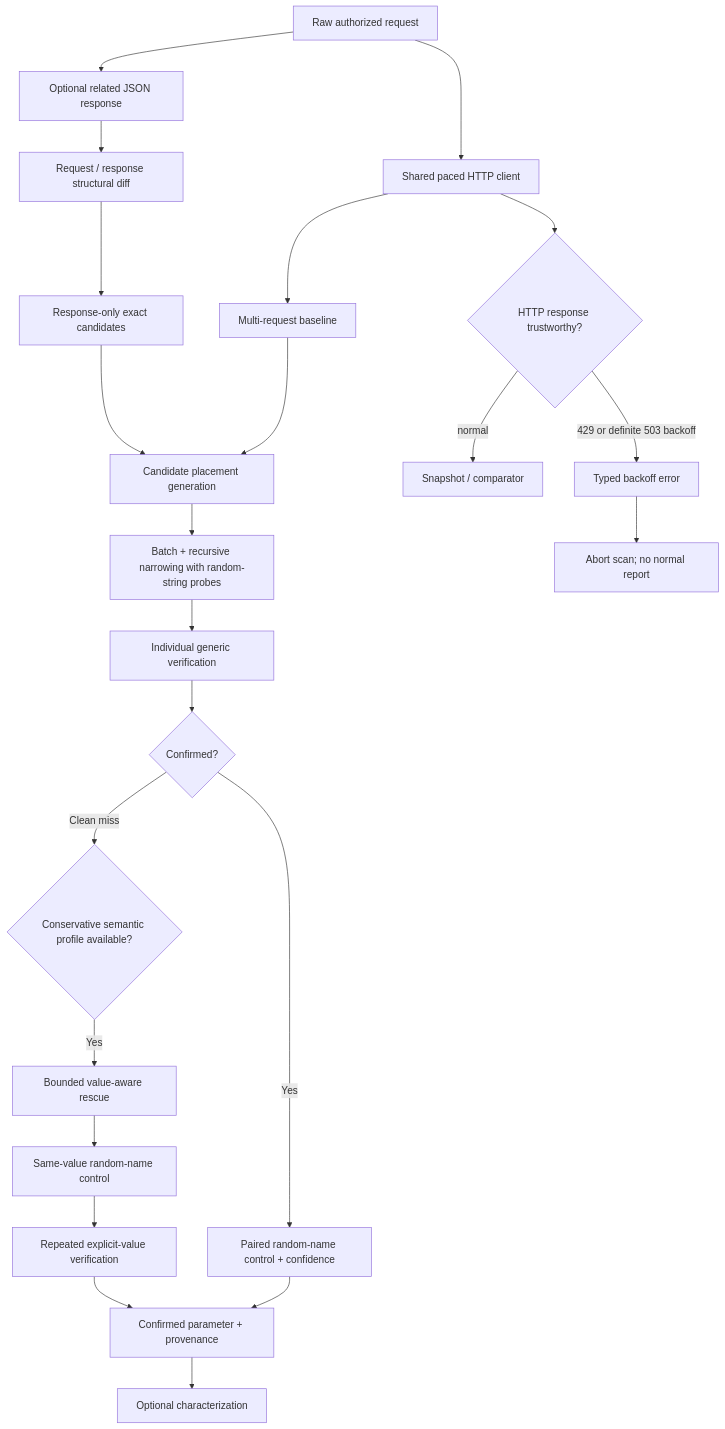
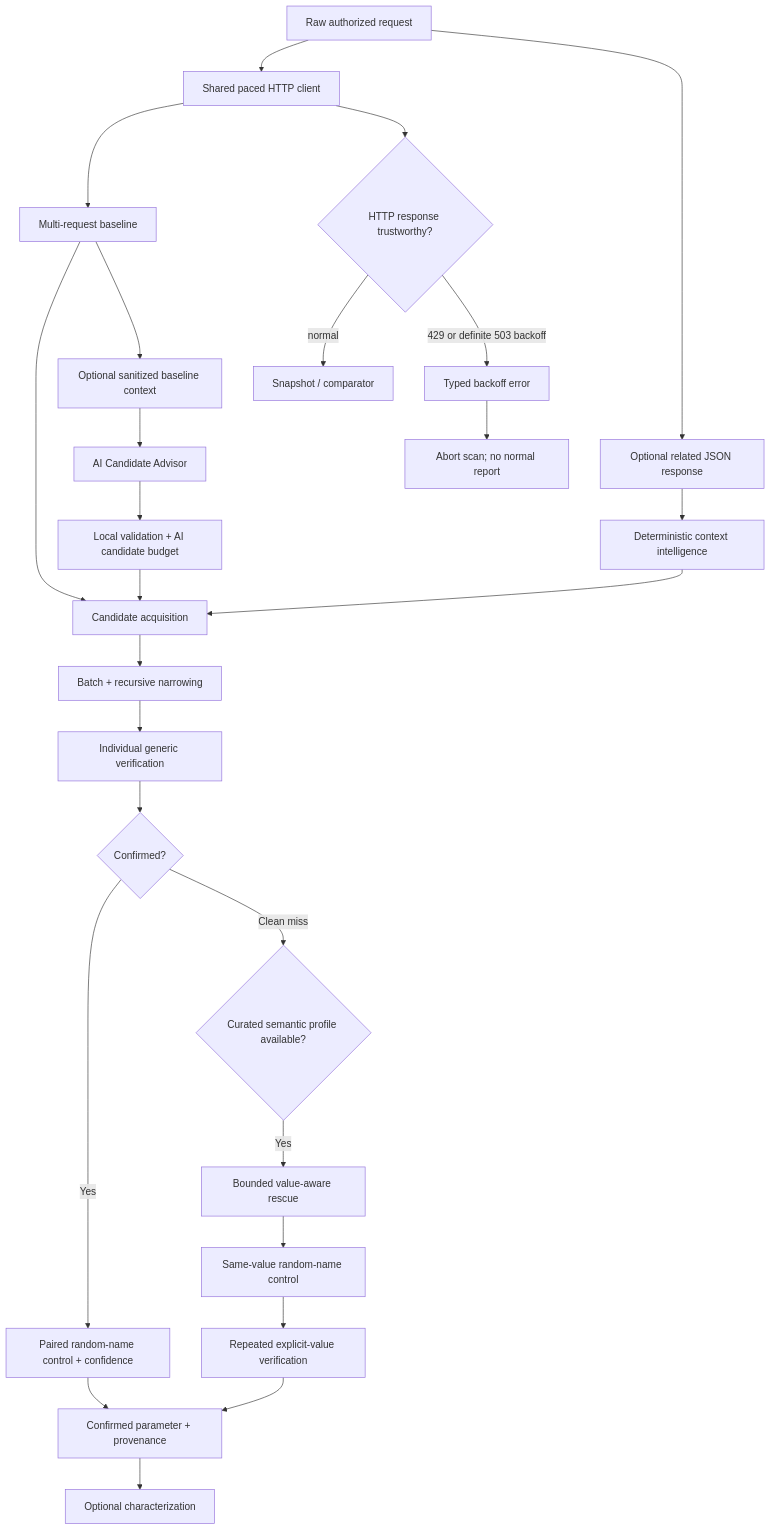
One commit to tobiasGuta/ParamIntel changed the diagram in README.md. Above: the diagram before and after it, drawn with Mermaid. The commit also changed other lines of this file and 5 other files, not shown here.

````diff
--- a/README.md
+++ b/README.md
@@ -36,28 +44,32 @@
 ```mermaid
 flowchart TD
     A["Raw authorized request"] --> B["Shared paced HTTP client"]
     A --> C["Optional related JSON response"]
-    C --> D["Request / response structural diff"]
-    D --> E["Response-only exact candidates"]
+    C --> D["Deterministic context intelligence"]
 
-    B --> F["Multi-request baseline"]
-    F --> G["Candidate placement generation"]
-    E --> G
+    B --> E["Multi-request baseline"]
+    E --> F["Candidate acquisition"]
+    D --> F
 
-    G --> H["Batch + recursive narrowing with random-string probes"]
-    H --> I["Individual generic verification"]
-    I --> J{"Confirmed?"}
-    J -->|Yes| K["Paired random-name control + confidence"]
-    J -->|Clean miss| L{"Conservative semantic profile available?"}
-    L -->|Yes| M["Bounded value-aware rescue"]
-    M --> N["Same-value random-name control"]
-    N --> O["Repeated explicit-value verification"]
-    K --> P["Confirmed parameter + provenance"]
-    O --> P
-    P --> Q["Optional characterization"]
+    E --> G["Optional sanitized baseline context"]
+    G --> H["AI Candidate Advisor"]
+    H --> I["Local validation + AI candidate budget"]
+    I --> F
 
-    B --> R{"HTTP response trustworthy?"}
-    R -->|normal| S["Snapshot / comparator"]
-    R -->|429 or definite 503 backoff| T["Typed backoff error"]
-    T --> U["Abort scan; no normal report"]
+    F --> J["Batch + recursive narrowing"]
+    J --> K["Individual generic verification"]
+    K --> L{"Confirmed?"}
+    L -->|Yes| M["Paired random-name control + confidence"]
+    L -->|Clean miss| N{"Curated semantic profile available?"}
+    N -->|Yes| O["Bounded value-aware rescue"]
+    O --> P["Same-value random-name control"]
+    P --> Q["Repeated explicit-value verification"]
+    M --> R["Confirmed parameter + provenance"]
+    Q --> R
+    R --> S["Optional characterization"]
+
+    B --> T{"HTTP response trustworthy?"}
+    T -->|normal| U["Snapshot / comparator"]
+    T -->|429 or definite 503 backoff| V["Typed backoff error"]
+    V --> W["Abort scan; no normal report"]
 ```
````
